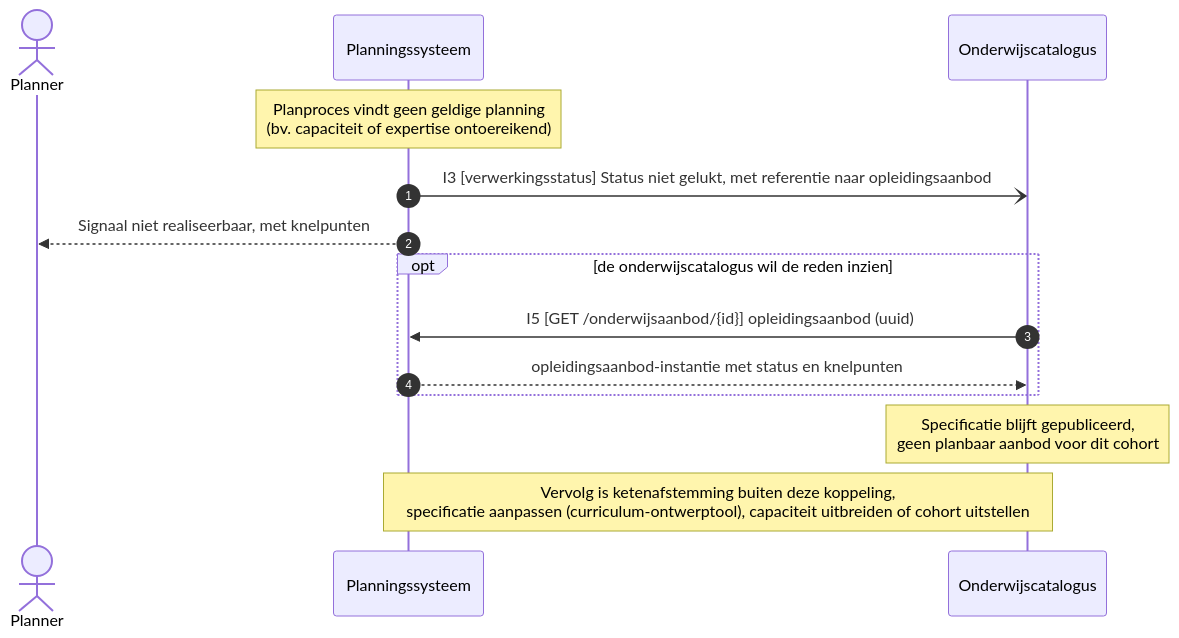
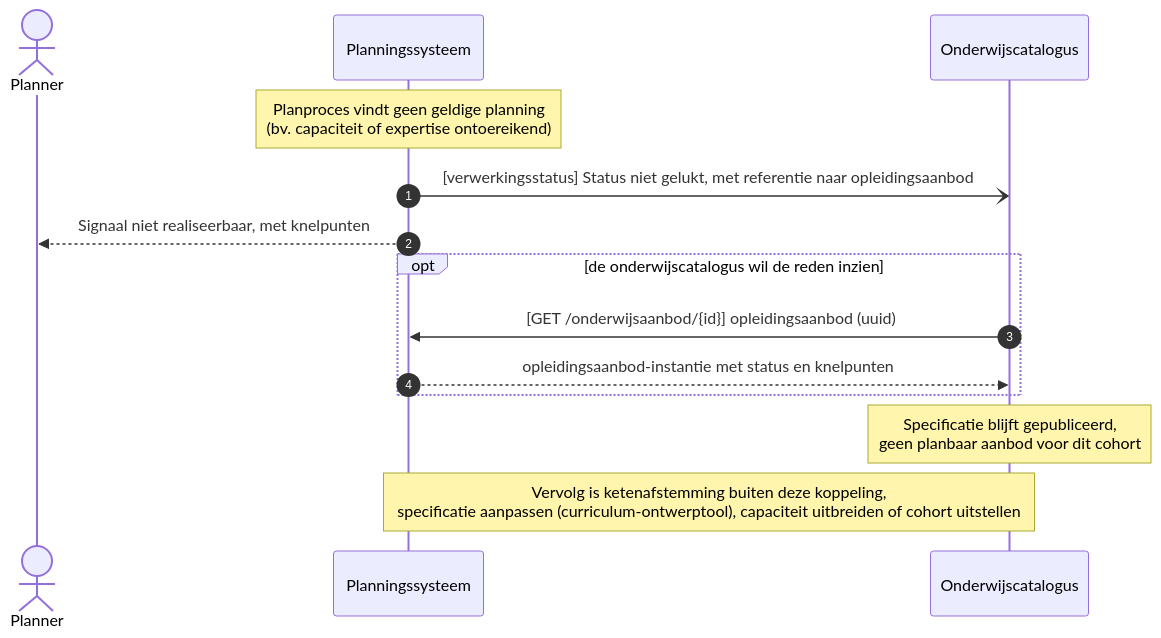
Before and after one commit to Npuls-OKx/Public: the fourth of 9 diagrams in Koppelvlakspecificaties/Koppelingspecificaties/onderwijscatalogus-planning-en-roostering.md, drawn with Mermaid. The commit also changed other lines of this file and 5 other files, not shown here.

````diff
--- a/Koppelvlakspecificaties/Koppelingspecificaties/onderwijscatalogus-planning-en-roostering.md
+++ b/Koppelvlakspecificaties/Koppelingspecificaties/onderwijscatalogus-planning-en-roostering.md
@@ -187,17 +151,17 @@
 ```mermaid
 sequenceDiagram
     autonumber
     actor Planner
     participant Planningssysteem
     participant Onderwijscatalogus
 
     Note over Planningssysteem: Planproces vindt geen geldige planning<br/>(bv. capaciteit of expertise ontoereikend)
-    Planningssysteem-)Onderwijscatalogus: I3 [verwerkingsstatus] Status niet gelukt, met referentie naar opleidingsaanbod
+    Planningssysteem-)Onderwijscatalogus: [verwerkingsstatus] Status niet gelukt, met referentie naar opleidingsaanbod
     Planningssysteem-->>Planner: Signaal niet realiseerbaar, met knelpunten
     opt de onderwijscatalogus wil de reden inzien
-        Onderwijscatalogus->>Planningssysteem: I5 [GET /onderwijsaanbod/{id}] opleidingsaanbod (uuid)
+        Onderwijscatalogus->>Planningssysteem: [GET /onderwijsaanbod/{id}] opleidingsaanbod (uuid)
         Planningssysteem-->>Onderwijscatalogus: opleidingsaanbod-instantie met status en knelpunten
     end
     Note over Onderwijscatalogus: Specificatie blijft gepubliceerd,<br/>geen planbaar aanbod voor dit cohort
     Note over Onderwijscatalogus,Planningssysteem: Vervolg is ketenafstemming buiten deze koppeling,<br/>specificatie aanpassen (curriculum-ontwerptool), capaciteit uitbreiden of cohort uitstellen
 ```
````
